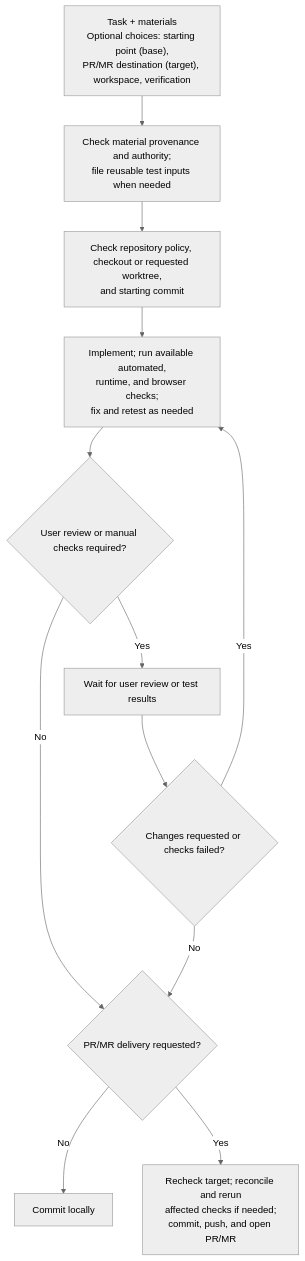
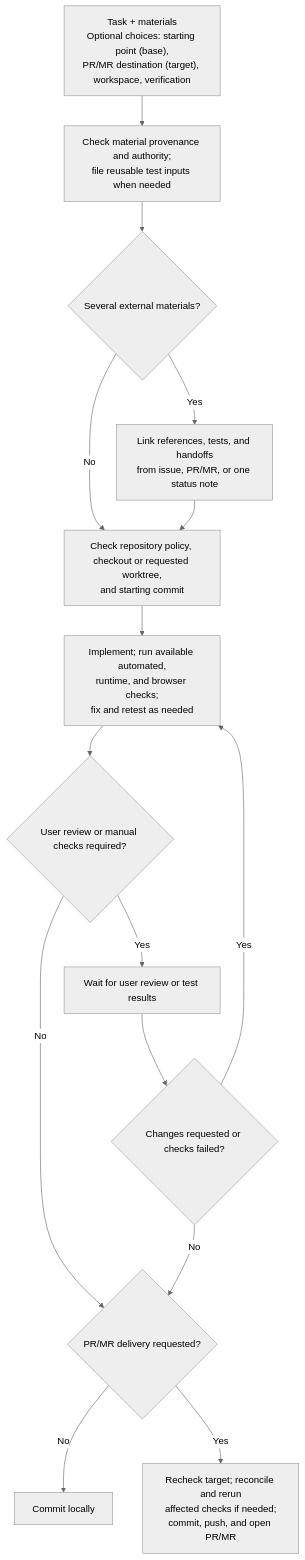
The second of 2 diagrams in README.md (sherrilla71940/dotfiles), drawn with Mermaid (neutral theme) before and after one commit. The commit also changed other lines of this file and 1 other file, not shown here.

Commit message:
docs(readme): clarify skill invocation and material indexing

````diff
--- a/README.md
+++ b/README.md
@@ -55,14 +58,17 @@
 ```mermaid
 flowchart TB
     request["Task + materials<br/>Optional choices: starting point (base),<br/>PR/MR destination (target), workspace, verification"] --> materials["Check material provenance and authority;<br/>file reusable test inputs when needed"]
-    materials --> workspace["Check repository policy, checkout or requested worktree,<br/>and starting commit"]
+    materials --> material_index{"Several external materials?"}
+    material_index -->|Yes| links["Link references, tests, and handoffs<br/>from issue, PR/MR, or one status note"]
+    material_index -->|No| workspace["Check repository policy, checkout or requested worktree,<br/>and starting commit"]
+    links --> workspace
     workspace --> work["Implement; run available automated,<br/>runtime, and browser checks;<br/>fix and retest as needed"]
     work --> gate{"User review or manual checks required?"}
     gate -->|Yes| user["Wait for user review or test results"]
     gate -->|No| delivery{"PR/MR delivery requested?"}
     user --> feedback{"Changes requested or checks failed?"}
     feedback -->|Yes| work
     feedback -->|No| delivery
     delivery -->|No| local["Commit locally"]
     delivery -->|Yes| publish["Recheck target; reconcile and rerun<br/>affected checks if needed;<br/>commit, push, and open PR/MR"]
 ```
````
